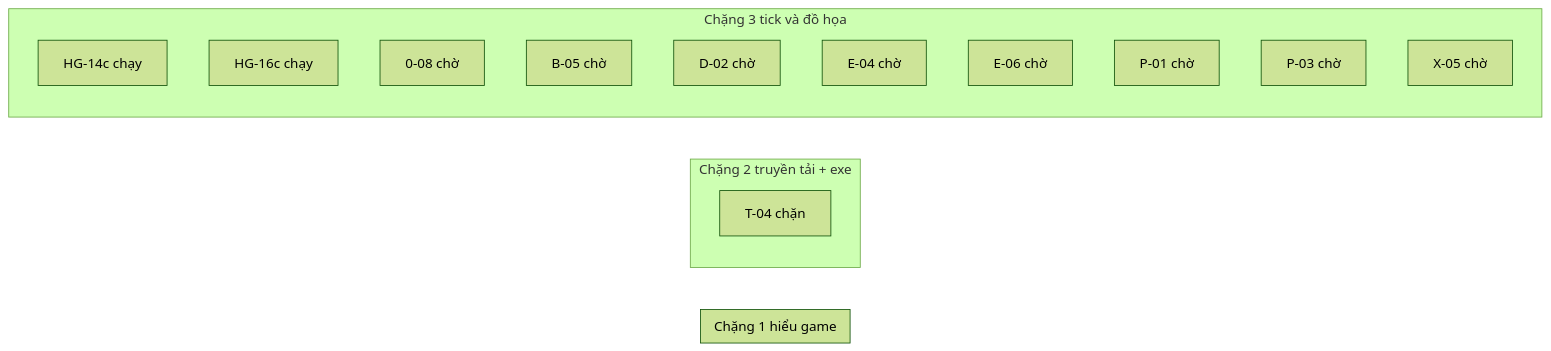
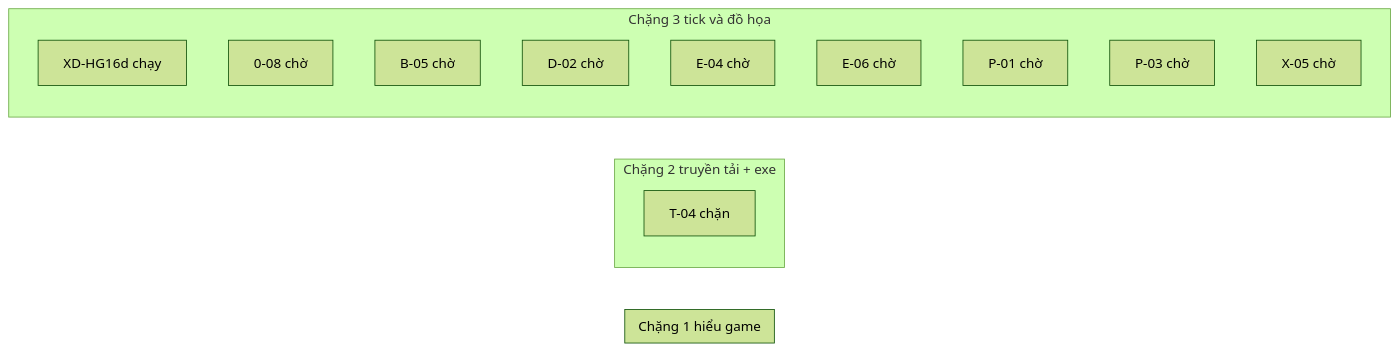
Before and after one commit to ndtangoss-dev/jx1-reports: the diagram in JX1_OPS/STATE/TIEN-DO.md, drawn with Mermaid (forest theme). The commit also changed other lines of this file and 4 other files, not shown here.

````diff
--- a/JX1_OPS/STATE/TIEN-DO.md
+++ b/JX1_OPS/STATE/TIEN-DO.md
@@ -9,20 +9,19 @@
 ```mermaid
 flowchart LR
   subgraph S1["Chặng 1 hiểu game"]
   end
   subgraph S2["Chặng 2 truyền tải + exe"]
     T_04["T-04 chặn"]
   end
   subgraph S3["Chặng 3 tick và đồ họa"]
-    HG_14c["HG-14c chạy"]
-    HG_16c["HG-16c chạy"]
+    XD_HG16d["XD-HG16d chạy"]
     0_08["0-08 chờ"]
     B_05["B-05 chờ"]
     D_02["D-02 chờ"]
     E_04["E-04 chờ"]
     E_06["E-06 chờ"]
     P_01["P-01 chờ"]
     P_03["P-03 chờ"]
     X_05["X-05 chờ"]
   end
 ```
````
